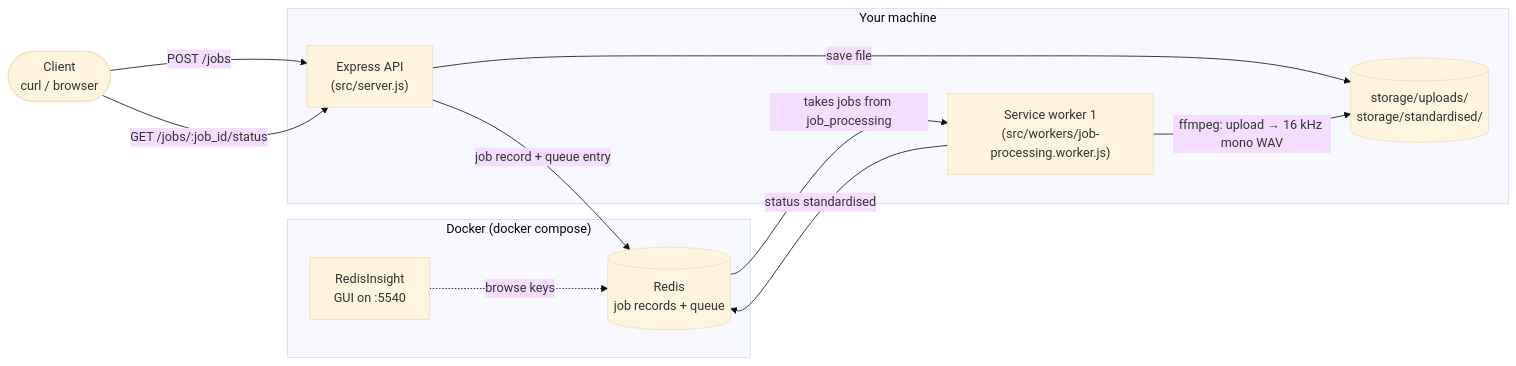
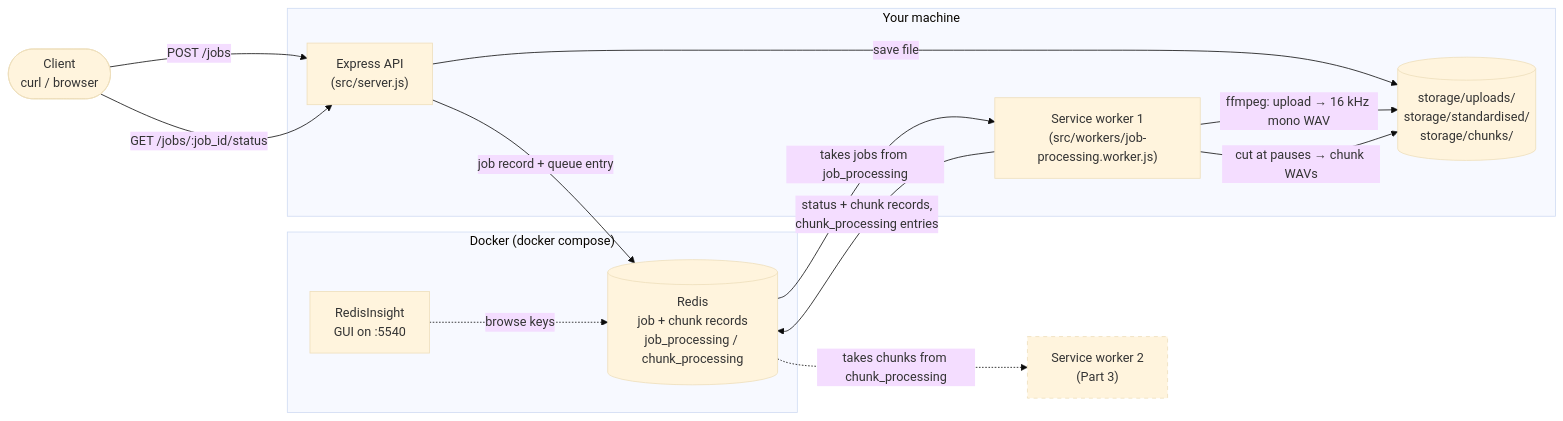
Before and after one commit to yahyalfc/audio-transcriptor: the first of 8 diagrams in README.md, drawn with Mermaid (base theme). The commit also changed other lines of this file and 9 other files, not shown here.

````diff
--- a/README.md
+++ b/README.md
@@ -15,24 +15,28 @@
 ```mermaid
 flowchart LR
     Client([Client<br/>curl / browser])
 
     subgraph Mac["Your machine"]
         API["Express API<br/>(src/server.js)"]
-        Disk[("storage/uploads/<br/>storage/standardised/")]
+        Disk[("storage/uploads/<br/>storage/standardised/<br/>storage/chunks/")]
         Worker1["Service worker 1<br/>(src/workers/job-processing.worker.js)"]
     end
 
     subgraph Docker["Docker (docker compose)"]
-        Redis[("Redis<br/>job records + queue")]
+        Redis[("Redis<br/>job + chunk records<br/>job_processing / chunk_processing")]
         Insight["RedisInsight<br/>GUI on :5540"]
     end
 
     Client -- "POST /jobs" --> API
     Client -- "GET /jobs/:job_id/status" --> API
     API -- "save file" --> Disk
     API -- "job record + queue entry" --> Redis
     Insight -. "browse keys" .-> Redis
     Redis -- "takes jobs from job_processing" --> Worker1
     Worker1 -- "ffmpeg: upload → 16 kHz mono WAV" --> Disk
-    Worker1 -- "status standardised" --> Redis
+    Worker1 -- "cut at pauses → chunk WAVs" --> Disk
+    Worker1 -- "status + chunk records,<br/>chunk_processing entries" --> Redis
+    Redis -. "takes chunks from chunk_processing" .-> Worker2["Service worker 2<br/>(Part 3)"]
+
+    style Worker2 stroke-dasharray: 5 5
 ```
````
